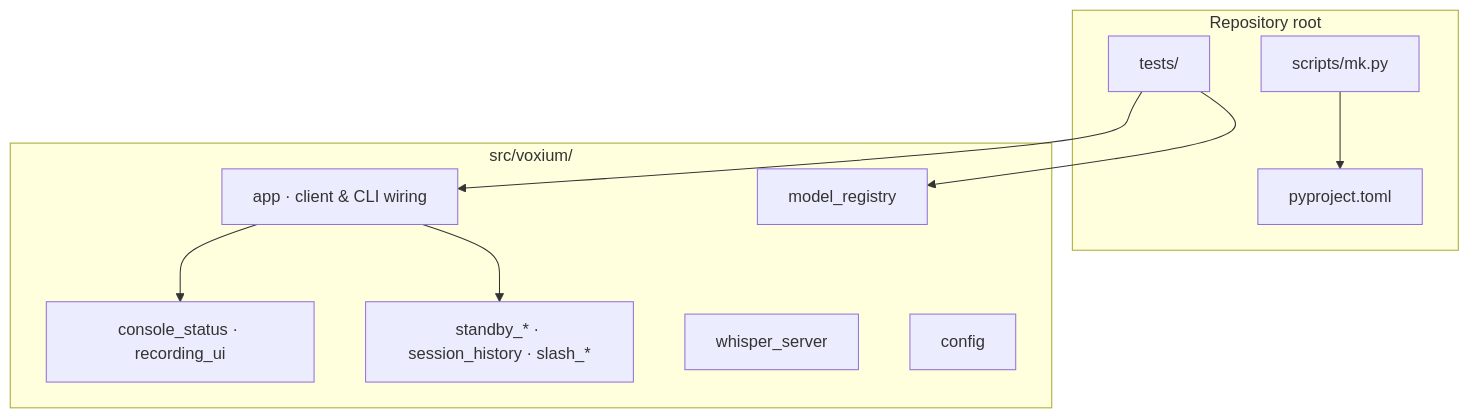
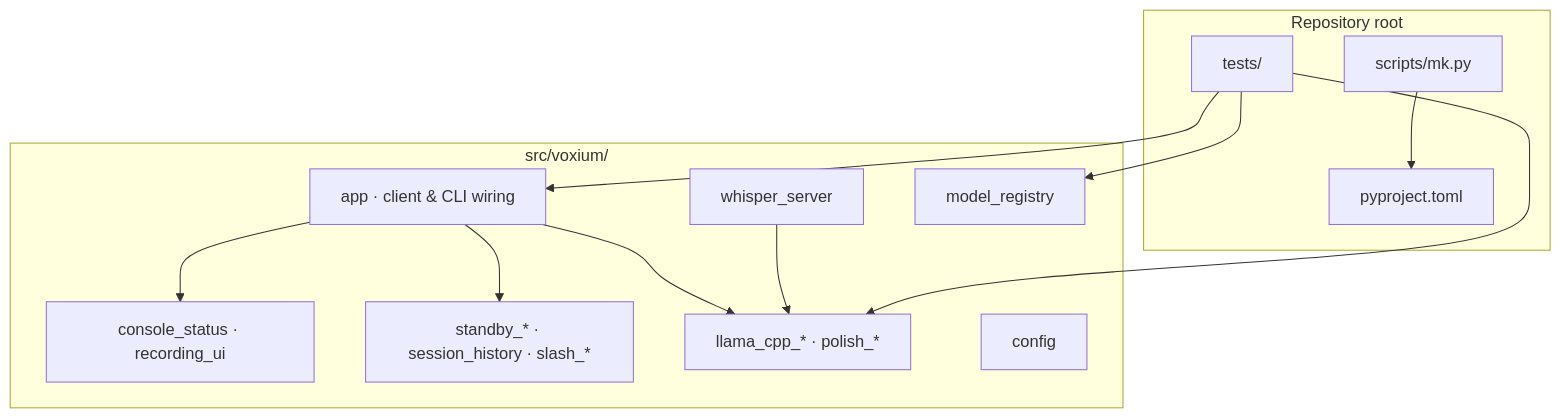
One commit to chris-piekarski/voxium-ptt changed the sixth of 7 diagrams in docs/architecture.md. Above: the diagram before and after it, drawn with Mermaid. The commit also changed other lines of this file and 70 other files, not shown here.

````diff
--- a/docs/architecture.md
+++ b/docs/architecture.md
@@ -139,21 +213,25 @@
 ```mermaid
 flowchart TB
   subgraph repo["Repository root"]
     sc[scripts/mk.py]
     t[tests/]
     p[pyproject.toml]
   end
   subgraph srcpkg["src/voxium/"]
     app[app · client & CLI wiring]
     ui[console_status · recording_ui]
     st[standby_* · session_history · slash_*]
+    polish[llama_cpp_* · polish_*]
     srv[whisper_server]
     mreg[model_registry]
     cfg[config]
   end
   app --> ui
   app --> st
+  app --> polish
+  srv --> polish
   t --> app
+  t --> polish
   t --> mreg
   sc --> p
 ```
````
